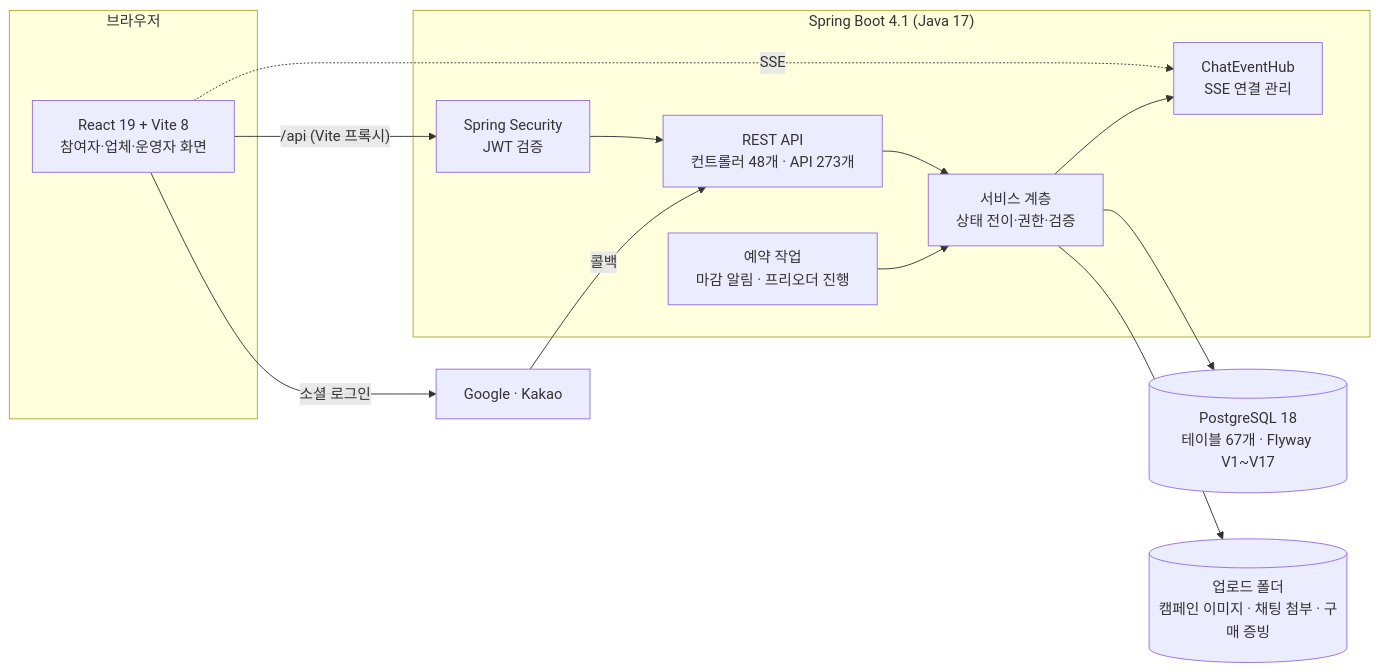
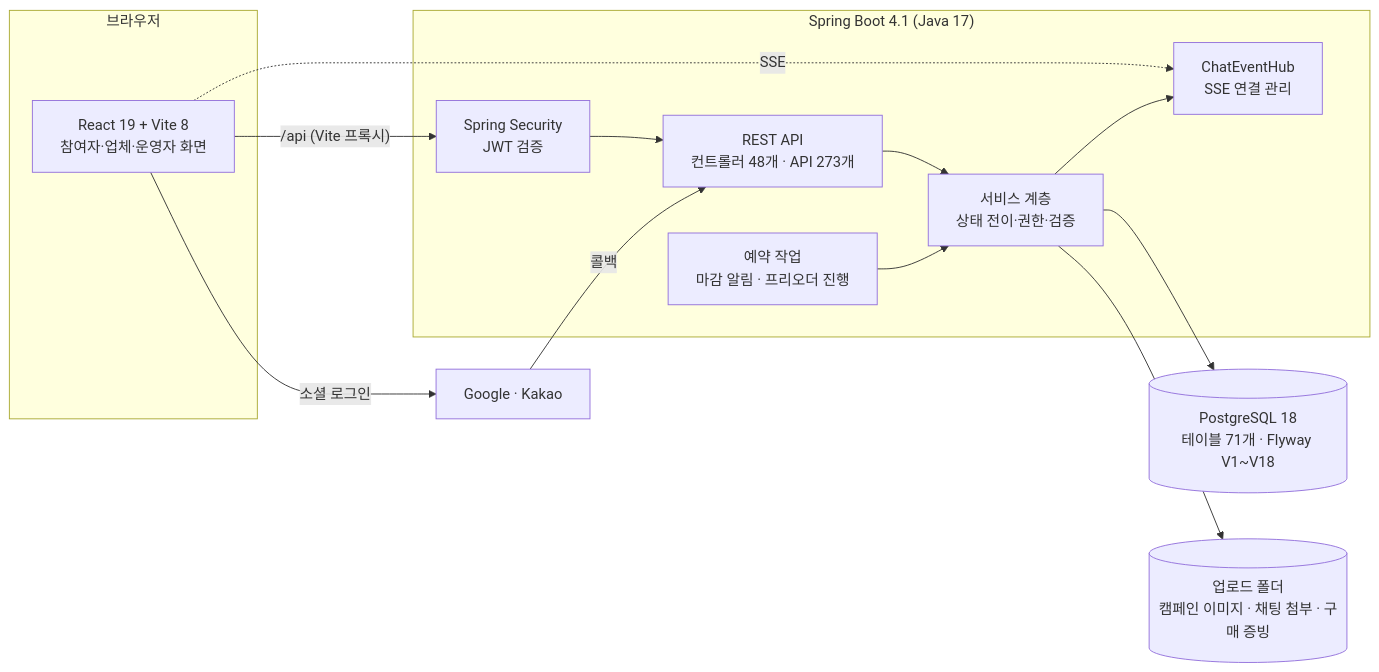
One commit to yoo-jin-k/movrit-backend changed the first of 2 diagrams in docs/portfolio/architecture.md. Above: the diagram before and after it, drawn with Mermaid. The commit also changed other lines of this file and 42 other files, not shown here.

````diff
--- a/docs/portfolio/architecture.md
+++ b/docs/portfolio/architecture.md
@@ -8,23 +8,23 @@
 ```mermaid
 flowchart LR
   subgraph Browser["브라우저"]
     FE["React 19 + Vite 8<br/>참여자·업체·운영자 화면"]
   end
   subgraph Server["Spring Boot 4.1 (Java 17)"]
     SEC["Spring Security<br/>JWT 검증"]
     API["REST API<br/>컨트롤러 48개 · API 273개"]
     SVC["서비스 계층<br/>상태 전이·권한·검증"]
     HUB["ChatEventHub<br/>SSE 연결 관리"]
     SCH["예약 작업<br/>마감 알림 · 프리오더 진행"]
   end
-  DB[("PostgreSQL 18<br/>테이블 67개 · Flyway V1~V17")]
+  DB[("PostgreSQL 18<br/>테이블 71개 · Flyway V1~V18")]
   FS[("업로드 폴더<br/>캠페인 이미지 · 채팅 첨부 · 구매 증빙")]
   OAUTH["Google · Kakao"]
 
   FE -- "/api (Vite 프록시)" --> SEC --> API --> SVC --> DB
   FE -. "SSE" .-> HUB
   SVC --> HUB
   SVC --> FS
   SCH --> SVC
   FE -- "소셜 로그인" --> OAUTH -- "콜백" --> API
 ```
````
